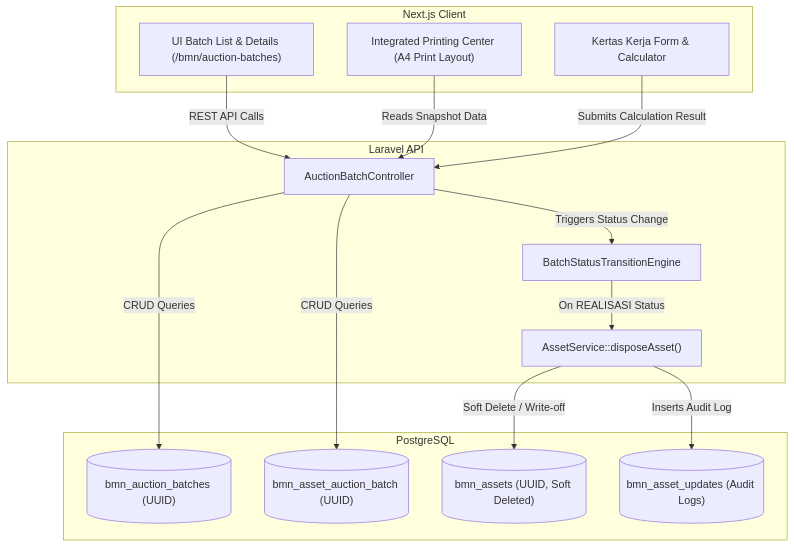
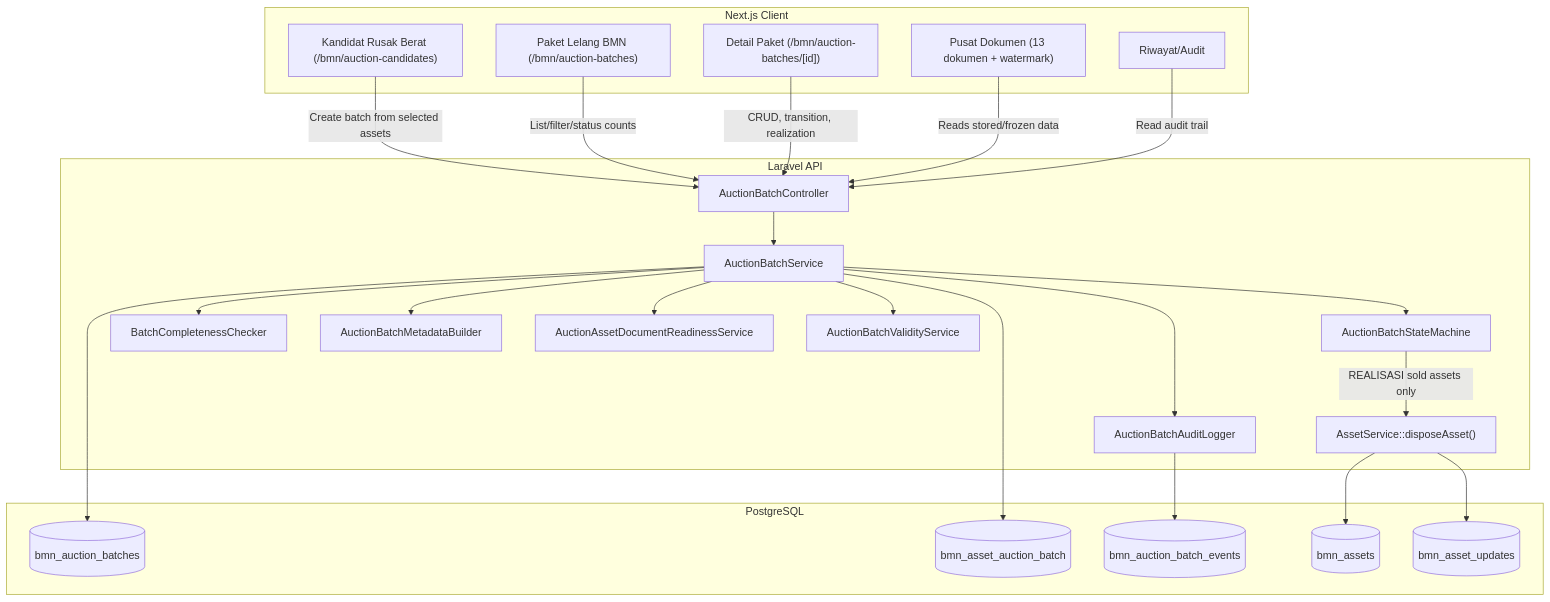
One commit to tegaranugrah1/bksda-superapp changed the first of 2 diagrams in .kiro/specs/bmn-auction-batches/design.md. Above: the diagram before and after it, drawn with Mermaid. The commit also changed other lines of this file and 4 other files, not shown here.

Commit message:
docs(bmn): formalize auction integration workflow

````diff
--- a/.kiro/specs/bmn-auction-batches/design.md
+++ b/.kiro/specs/bmn-auction-batches/design.md
@@ -25,33 +30,50 @@
 ```mermaid
 flowchart TD
     subgraph Frontend [Next.js Client]
-        UI["UI Batch List & Details (/bmn/auction-batches)"]
-        PrintCtrl["Integrated Printing Center (A4 Print Layout)"]
-        KKWorksheet["Kertas Kerja Form & Calculator"]
+        Candidates["Kandidat Rusak Berat (/bmn/auction-candidates)"]
+        BatchList["Paket Lelang BMN (/bmn/auction-batches)"]
+        BatchDetail["Detail Paket (/bmn/auction-batches/[id])"]
+        PrintCenter["Pusat Dokumen (13 dokumen + watermark)"]
+        AuditView["Riwayat/Audit"]
     end
 
     subgraph Backend [Laravel API]
         Controller["AuctionBatchController"]
-        StatusEngine["BatchStatusTransitionEngine"]
+        Service["AuctionBatchService"]
+        StateMachine["AuctionBatchStateMachine"]
+        Checklist["BatchCompletenessChecker"]
+        MetadataBuilder["AuctionBatchMetadataBuilder"]
+        Readiness["AuctionAssetDocumentReadinessService"]
+        Validity["AuctionBatchValidityService"]
+        AuditLogger["AuctionBatchAuditLogger"]
         DisposalService["AssetService::disposeAsset()"]
     end
 
     subgraph Database [PostgreSQL]
-        BatchesTable[("bmn_auction_batches (UUID)")]
-        JunctionTable[("bmn_asset_auction_batch (UUID)")]
-        AssetsTable[("bmn_assets (UUID, Soft Deleted)")]
-        UpdatesTable[("bmn_asset_updates (Audit Logs)")]
+        Batches[("bmn_auction_batches")]
+        Pivot[("bmn_asset_auction_batch")]
+        Audit[("bmn_auction_batch_events")]
+        Assets[("bmn_assets")]
+        Updates[("bmn_asset_updates")]
     end
 
-    UI -->|REST API Calls| Controller
-    PrintCtrl -->|Reads Snapshot Data| Controller
-    KKWorksheet -->|Submits Calculation Result| Controller
+    Candidates -->|Create batch from selected assets| Controller
+    BatchList -->|List/filter/status counts| Controller
+    BatchDetail -->|CRUD, transition, realization| Controller
+    PrintCenter -->|Reads stored/frozen data| Controller
+    AuditView -->|Read audit trail| Controller
 
-    Controller -->|Triggers Status Change| StatusEngine
-    StatusEngine -->|On REALISASI Status| DisposalService
-    DisposalService -->|Soft Delete / Write-off| AssetsTable
-    DisposalService -->|Inserts Audit Log| UpdatesTable
-
-    Controller -->|CRUD Queries| BatchesTable
-    Controller -->|CRUD Queries| JunctionTable
+    Controller --> Service
+    Service --> StateMachine
+    Service --> Checklist
+    Service --> MetadataBuilder
+    Service --> Readiness
+    Service --> Validity
+    Service --> AuditLogger
+    Service --> Batches
+    Service --> Pivot
+    AuditLogger --> Audit
+    StateMachine -->|REALISASI sold assets only| DisposalService
+    DisposalService --> Assets
+    DisposalService --> Updates
 ```
````
